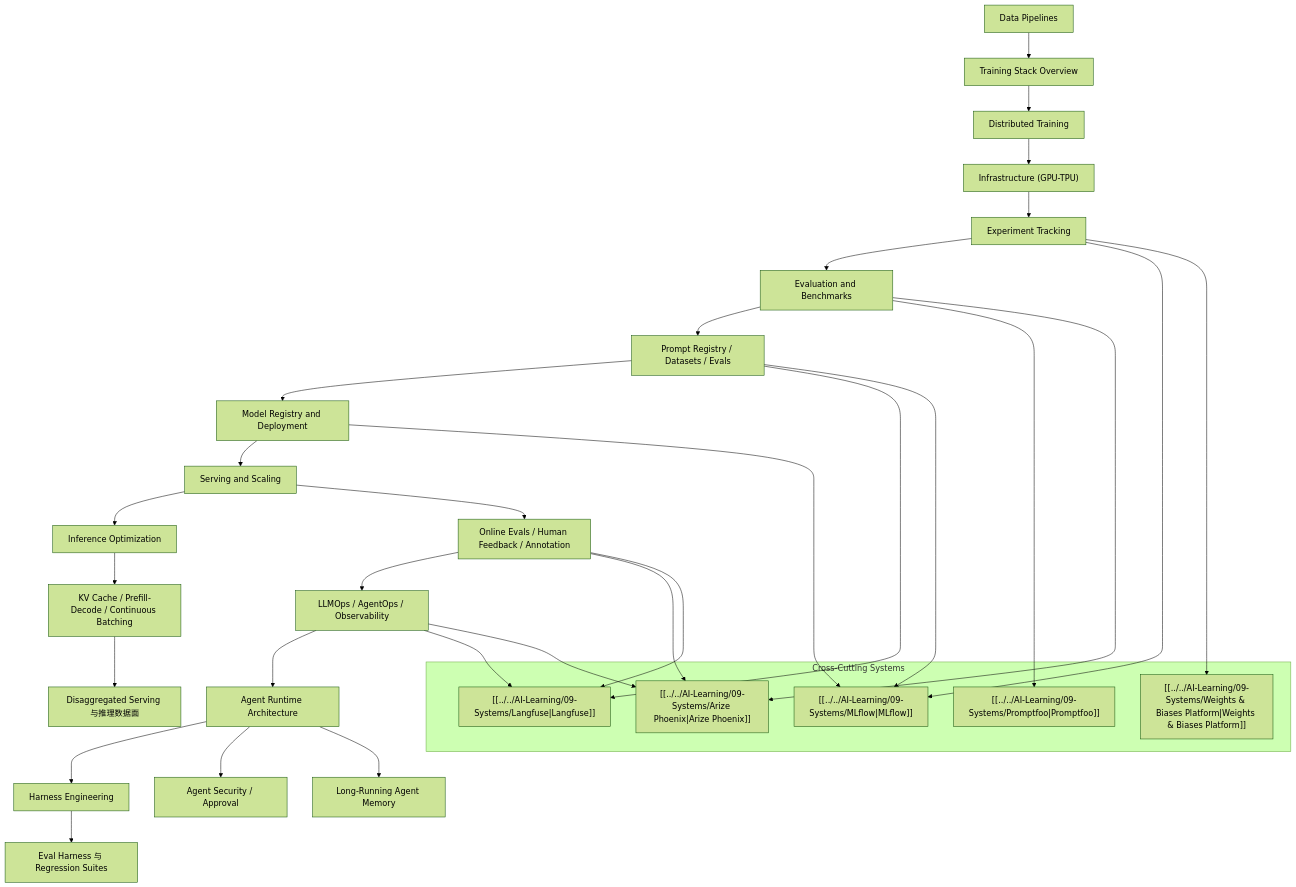
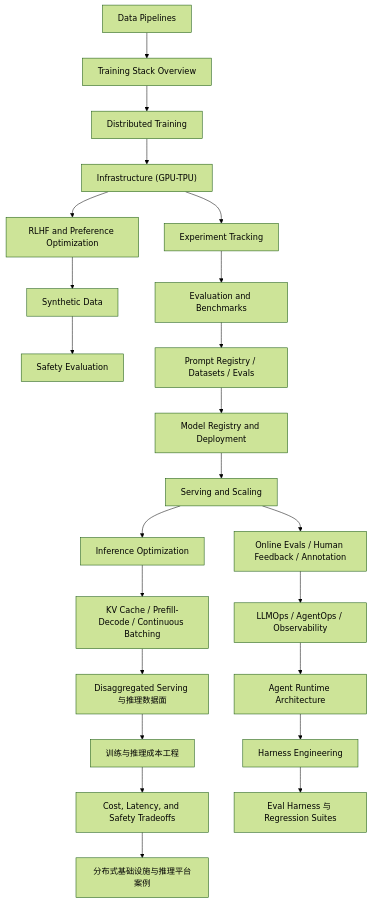
Before and after one commit to superliyang/tony-2026: the diagram in 01-Areas/AI-Engineering/08-Maps/AI Engineering Stack Map.md, drawn with Mermaid (forest theme). The commit also changed other lines of this file and 11 other files, not shown here.

````diff
--- a/01-Areas/AI-Engineering/08-Maps/AI Engineering Stack Map.md
+++ b/01-Areas/AI-Engineering/08-Maps/AI Engineering Stack Map.md
@@ -13,41 +13,25 @@
 ```mermaid
 flowchart TD
   D["Data Pipelines"] --> T["Training Stack Overview"]
   T --> DT["Distributed Training"]
   DT --> INF["Infrastructure (GPU-TPU)"]
   INF --> ET["Experiment Tracking"]
+  INF --> ALIGN["RLHF and Preference Optimization"]
+  ALIGN --> SYN["Synthetic Data"]
+  SYN --> SAFE["Safety Evaluation"]
   ET --> EV["Evaluation and Benchmarks"]
   EV --> PR["Prompt Registry / Datasets / Evals"]
   PR --> REG["Model Registry and Deployment"]
   REG --> SRV["Serving and Scaling"]
   SRV --> OPT["Inference Optimization"]
   OPT --> KV["KV Cache / Prefill-Decode / Continuous Batching"]
   KV --> DS["Disaggregated Serving 与推理数据面"]
+  DS --> COST["训练与推理成本工程"]
+  COST --> TRADE["Cost, Latency, and Safety Tradeoffs"]
+  TRADE --> CASES["分布式基础设施与推理平台案例"]
   SRV --> ON["Online Evals / Human Feedback / Annotation"]
   ON --> OBS["LLMOps / AgentOps / Observability"]
   OBS --> AG["Agent Runtime Architecture"]
   AG --> HAR["Harness Engineering"]
   HAR --> EVALH["Eval Harness 与 Regression Suites"]
-  AG --> SEC["Agent Security / Approval"]
-  AG --> MEM["Long-Running Agent Memory"]
-
-  subgraph systems["Cross-Cutting Systems"]
-    MLF["[[../../AI-Learning/09-Systems/MLflow|MLflow]]"]
-    WNB["[[../../AI-Learning/09-Systems/Weights & Biases Platform|Weights & Biases Platform]]"]
-    LFS["[[../../AI-Learning/09-Systems/Langfuse|Langfuse]]"]
-    PHX["[[../../AI-Learning/09-Systems/Arize Phoenix|Arize Phoenix]]"]
-    PFO["[[../../AI-Learning/09-Systems/Promptfoo|Promptfoo]]"]
-  end
-
-  ET --> MLF
-  ET --> WNB
-  EV --> PFO
-  EV --> PHX
-  PR --> LFS
-  PR --> MLF
-  REG --> MLF
-  ON --> PHX
-  ON --> LFS
-  OBS --> LFS
-  OBS --> PHX
 ```
````
